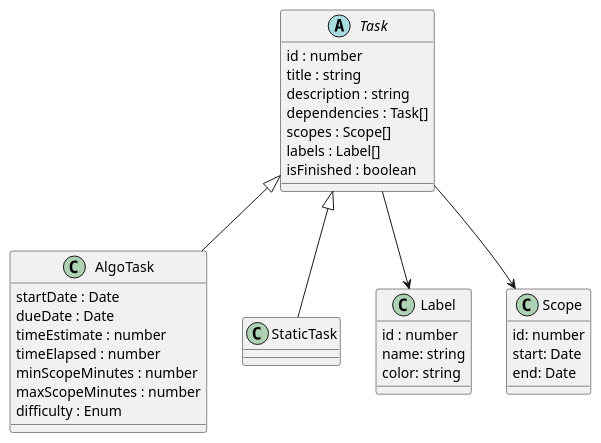
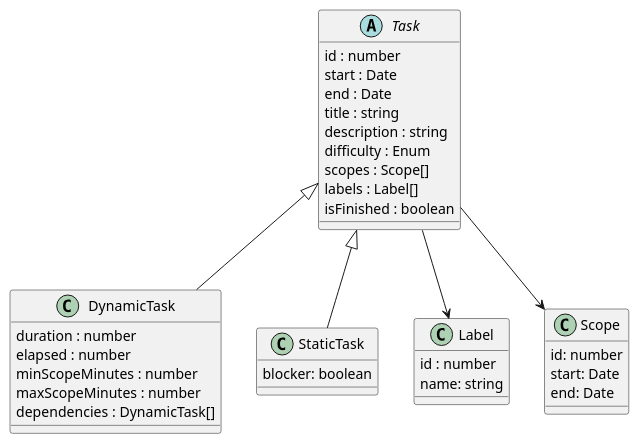
Before and after one commit to NI0-Name-Ideas-0/ChronoScope-models: the diagram in frontend_task_class_model.pu, drawn with PlantUML.

Commit message:
Refactor Task model to include DynamicTask class

```diff
--- a/frontend_task_class_model.pu
+++ b/frontend_task_class_model.pu
@@ -1,40 +1,41 @@
 @startuml
 abstract class Task {
     id : number
+    start : Date
+    end : Date
     title : string
     description : string
-    dependencies : Task[]
+    difficulty : Enum
     scopes : Scope[]
     labels : Label[]
     isFinished : boolean
 }
 
-class AlgoTask {
-    startDate : Date
-    dueDate : Date
-    timeEstimate : number
-    timeElapsed : number
+class DynamicTask {
+    duration : number
+    elapsed : number
     minScopeMinutes : number
     maxScopeMinutes : number
-    difficulty : Enum
+    dependencies : DynamicTask[]
 }
 
-class StaticTask
+class StaticTask {
+  blocker: boolean
+}
 
 class Label {
     id : number
     name: string
-    color: string
 }
 
 class Scope {
     id: number
     start: Date
     end: Date
 }
 
-Task <|-- AlgoTask
+Task <|-- DynamicTask
 Task <|-- StaticTask
 Task --> Scope
 Task --> Label
 @enduml
```
